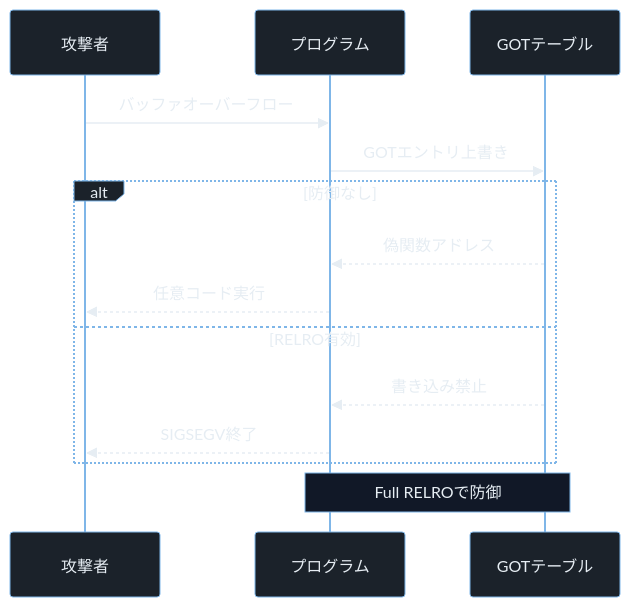
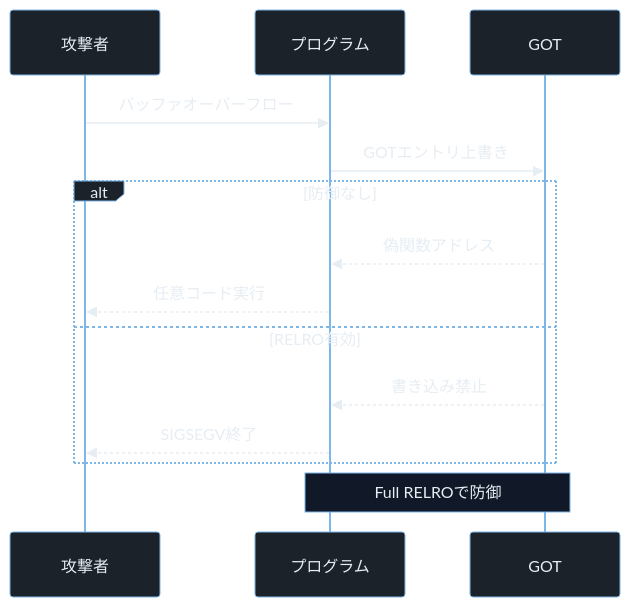
One commit to Omni-lab26/recon0x-content changed the second of 2 diagrams in articles/elf-pe-format/index.md. Above: the diagram before and after it, drawn with Mermaid. The commit also changed other lines of this file and 3 other files, not shown here.

````diff
--- a/articles/elf-pe-format/index.md
+++ b/articles/elf-pe-format/index.md
@@ -125,18 +132,18 @@
 ```mermaid
 %%{init: {"theme":"base","themeVariables":{"background":"#0b1117","primaryColor":"#1b222a","primaryBorderColor":"#7fb6e8","primaryTextColor":"#e6edf3","lineColor":"#9db6c9","actorBkg":"#1b222a","actorBorder":"#7fb6e8","actorTextColor":"#e6edf3","activationBkgColor":"#1b222a","activationBorderColor":"#7fb6e8","sequenceNumberColor":"#e6edf3","noteBkgColor":"#111827","noteTextColor":"#e6edf3","noteBorderColor":"#7fb6e8"}}}%%
 sequenceDiagram
     participant A as 攻撃者
     participant P as プログラム
-    participant G as GOTテーブル
+    participant G as GOT
 
     A->>P: バッファオーバーフロー
     P->>G: GOTエントリ上書き
     alt 防御なし
         G-->>P: 偽関数アドレス
         P-->>A: 任意コード実行
     else RELRO有効
         G-->>P: 書き込み禁止
         P-->>A: SIGSEGV終了
     end
     Note over P,G: Full RELROで防御
 ```
````
